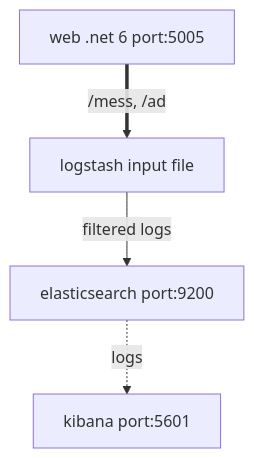
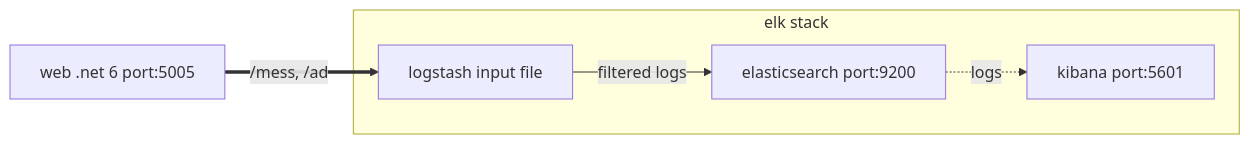
Before and after one commit to garrardkitchen/elk-filter-fields-net6-demo: the diagram in README.md, drawn with Mermaid.

Commit message:
docs(graph): Changed orientation and added subgraph and click

````diff
--- a/README.md
+++ b/README.md
@@ -53,6 +53,9 @@
 ```mermaid
-graph TD;
-    Web_App["web .net 6 port:5005"]==/mess, /ad ==>LogStash;
+graph LR;        
+    Web_App["web .net 6 port:5005"]==/mess, /ad ==>LogStash;    
+    subgraph elk stack 
     LogStash["logstash input file"]--filtered logs-->Elasticsearch;
     Elasticsearch["elasticsearch port:9200"]-.logs.->Kibana["kibana port:5601"];
+    end 
+    click Web_App "http://localhost:5005/mess"
 ```
````
